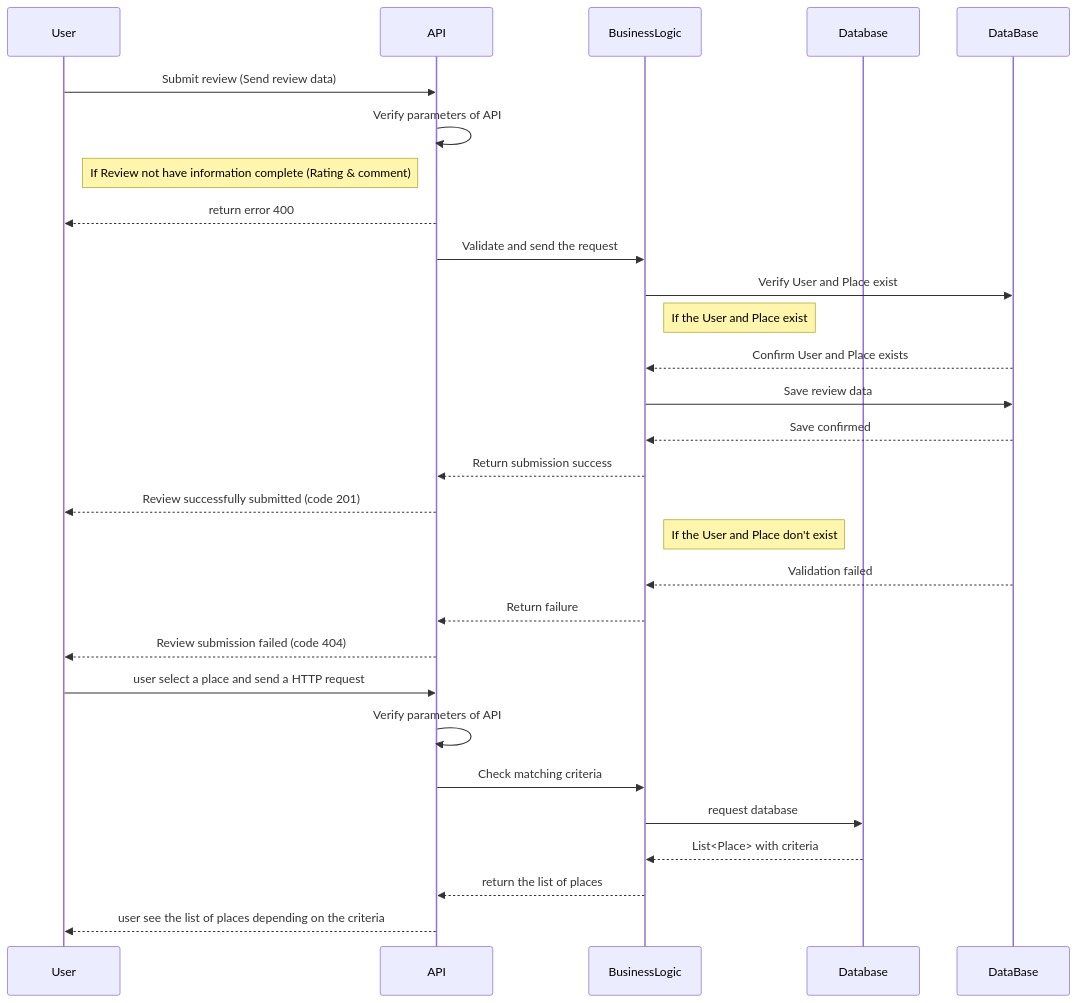
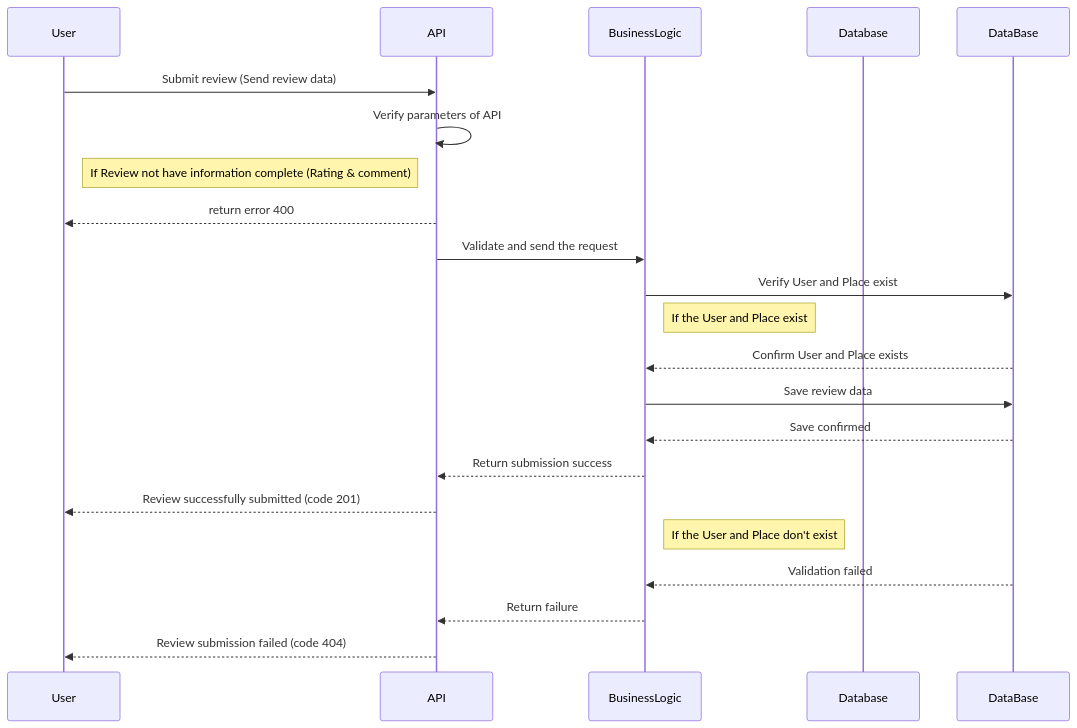
Before and after one commit to Timi-Holberton/holbertonschool-hbnb: the third of 4 diagrams in part1/diagram_sequence.md, drawn with Mermaid.

Commit message:
correctif diagram sequens (doubon)

````diff
--- a/part1/diagram_sequence.md
+++ b/part1/diagram_sequence.md
@@ -53,30 +53,23 @@
 ```mermaid
 sequenceDiagram
 participant User
 participant API
 participant BusinessLogic
 participant Database
 	User->>API: Submit review (Send review data)
 	API->>API: Verify parameters of API
 	Note right of User: If Review not have information complete (Rating & comment)
 	API-->>User: return error 400
 	API->>BusinessLogic: Validate and send the request
 	BusinessLogic->>DataBase: Verify User and Place exist
 	Note right of BusinessLogic: If the User and Place exist
 	DataBase-->>BusinessLogic: Confirm User and Place exists
 	BusinessLogic->>DataBase: Save review data
 	DataBase-->>BusinessLogic: Save confirmed
 	BusinessLogic-->>API: Return submission success
 	API-->>User: Review successfully submitted (code 201)
 	Note right of BusinessLogic: If the User and Place don't exist
 	DataBase-->>BusinessLogic: Validation failed
 	BusinessLogic-->>API: Return failure
 	API-->>User: Review submission failed (code 404)
-	User->>API: user select a place and send a HTTP request
-	API->>API: Verify parameters of API
-	API->>BusinessLogic: Check matching criteria
-	BusinessLogic->>Database: request database
-	Database-->>BusinessLogic: List<Place> with criteria
-	BusinessLogic-->>API: return the list of places
-	API-->>User: user see the list of places depending on the criteria
 ```
````
